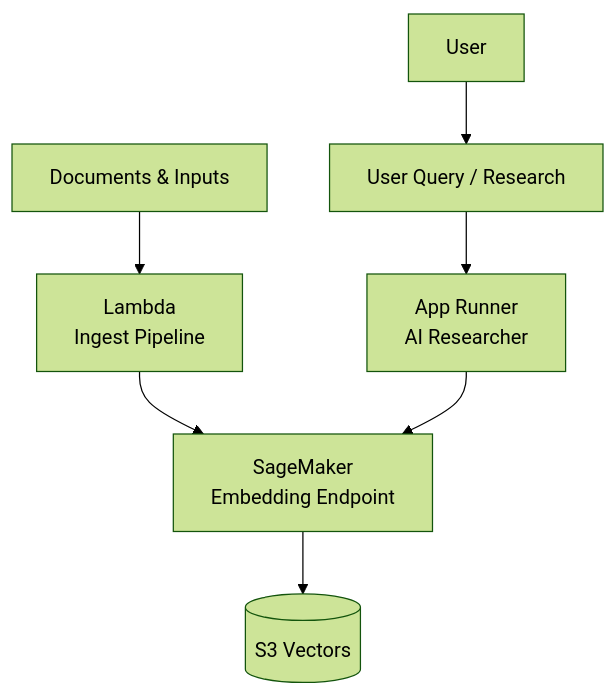
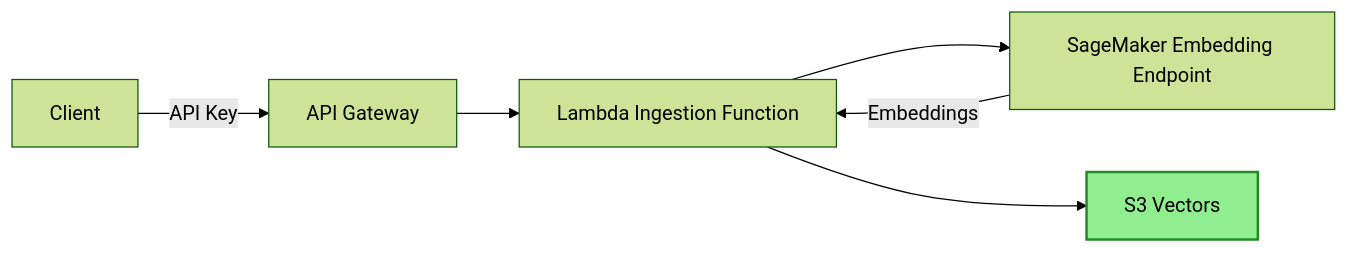
Before and after one commit to Ch3rry-Pi3-AI/LLMOps-Financial-Planner: the diagram in README.md, drawn with Mermaid (forest theme). The commit also changed other lines of this file and 1 other file, not shown here.

Commit message:
ingestion pipeline

````diff
--- a/README.md
+++ b/README.md
@@ -32,9 +216,10 @@
 ```mermaid
-graph TB
-    Docs[Documents & Inputs] --> IngestLambda[Lambda<br/>Ingest Pipeline]
-    IngestLambda --> SM[SageMaker<br/>Embedding Endpoint]
-    SM --> S3V[(S3 Vectors)]
-    User --> Query[User Query / Research]
-    Query --> Researcher[App Runner<br/>AI Researcher]
-    Researcher --> SM
+graph LR
+    Client -->|API Key| APIGW[API Gateway]
+    APIGW --> Lambda[Lambda Ingestion Function]
+    Lambda --> SM[SageMaker Embedding Endpoint]
+    SM -->|Embeddings| Lambda
+    Lambda --> S3V[S3 Vectors]
+
+    style S3V fill:#90EE90,stroke:#228B22,stroke-width:2px
 ```
````
